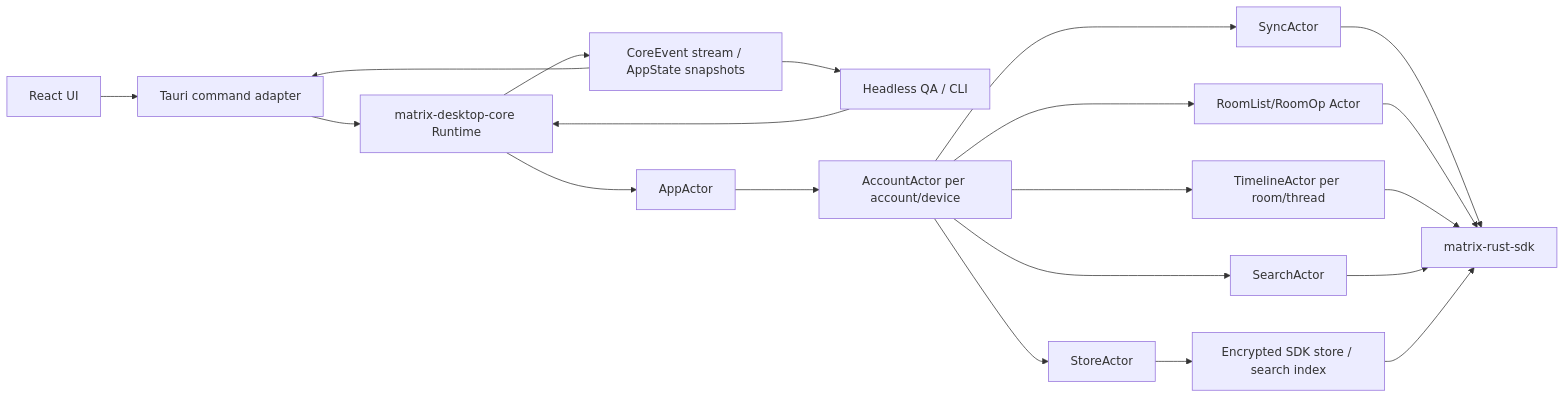
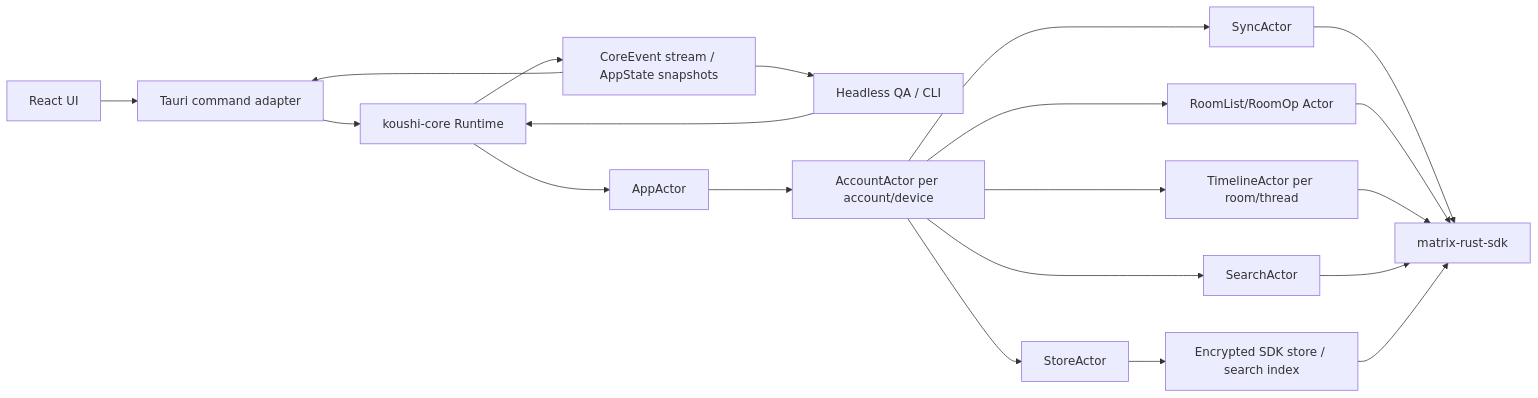
One commit to shinaoka/koushi-matrix changed the first of 2 diagrams in docs/superpowers/specs/2026-06-12-headless-core-runtime-design.md. Above: the diagram before and after it, drawn with Mermaid. The commit also changed other lines of this file and 294 other files, not shown here.

First line of the commit message:
refactor(#87): Phase 6 — rename logic crates matrix-desktop-* → koushi-*

````diff
--- a/docs/superpowers/specs/2026-06-12-headless-core-runtime-design.md
+++ b/docs/superpowers/specs/2026-06-12-headless-core-runtime-design.md
@@ -32,36 +32,36 @@
 ```mermaid
 flowchart LR
   UI["React UI"]
   Tauri["Tauri command adapter"]
   CLI["Headless QA / CLI"]
-  Core["matrix-desktop-core Runtime"]
+  Core["koushi-core Runtime"]
   AppActor["AppActor"]
   AccountActor["AccountActor per account/device"]
   SyncActor["SyncActor"]
   RoomActor["RoomList/RoomOp Actor"]
   TimelineActor["TimelineActor per room/thread"]
   SearchActor["SearchActor"]
   StoreActor["StoreActor"]
   Store["Encrypted SDK store / search index"]
   SDK["matrix-rust-sdk"]
 
   UI --> Tauri
   Tauri --> Core
   CLI --> Core
   Core --> AppActor
   AppActor --> AccountActor
   AccountActor --> SyncActor
   AccountActor --> RoomActor
   AccountActor --> TimelineActor
   AccountActor --> SearchActor
   AccountActor --> StoreActor
   StoreActor --> Store
   SyncActor --> SDK
   RoomActor --> SDK
   TimelineActor --> SDK
   SearchActor --> SDK
   Store --> SDK
   Core --> Events["CoreEvent stream / AppState snapshots"]
   Events --> Tauri
   Events --> CLI
 ```
````
